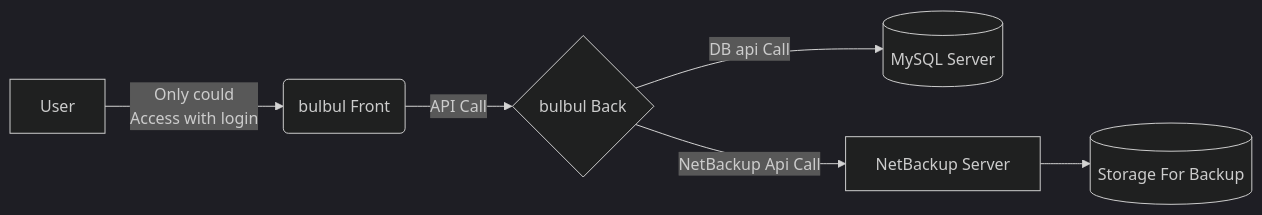
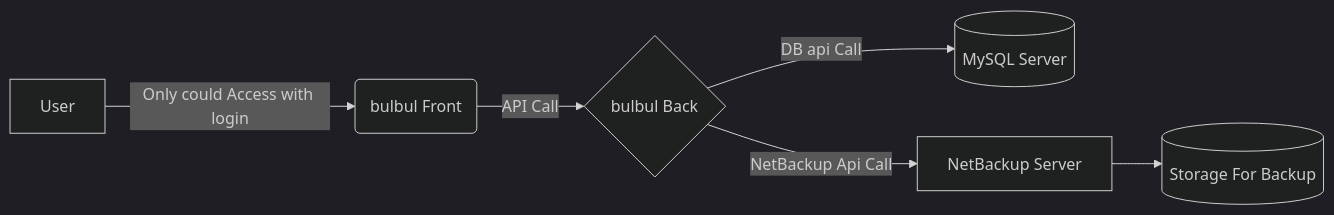
Before and after one commit to Asheeholic/bulbulback: the first of 2 diagrams in README.md, drawn with Mermaid (dark theme).

Commit message:
2023.09.18 add README.md

````diff
--- a/README.md
+++ b/README.md
@@ -3,12 +3,11 @@
 ```mermaid
 flowchart LR
     A[User] --> 
-    |Only could 
-    Access with login| B(bulbul Front)
+    |Only could Access with login| B(bulbul Front)
     B --> |API Call| C{bulbul Back}
     
     C --> |DB api Call| D[(MySQL Server)]
     C -->|NetBackup Api Call | E[NetBackup Server]
     
     E --> F[(Storage For Backup)]
 ```
````
